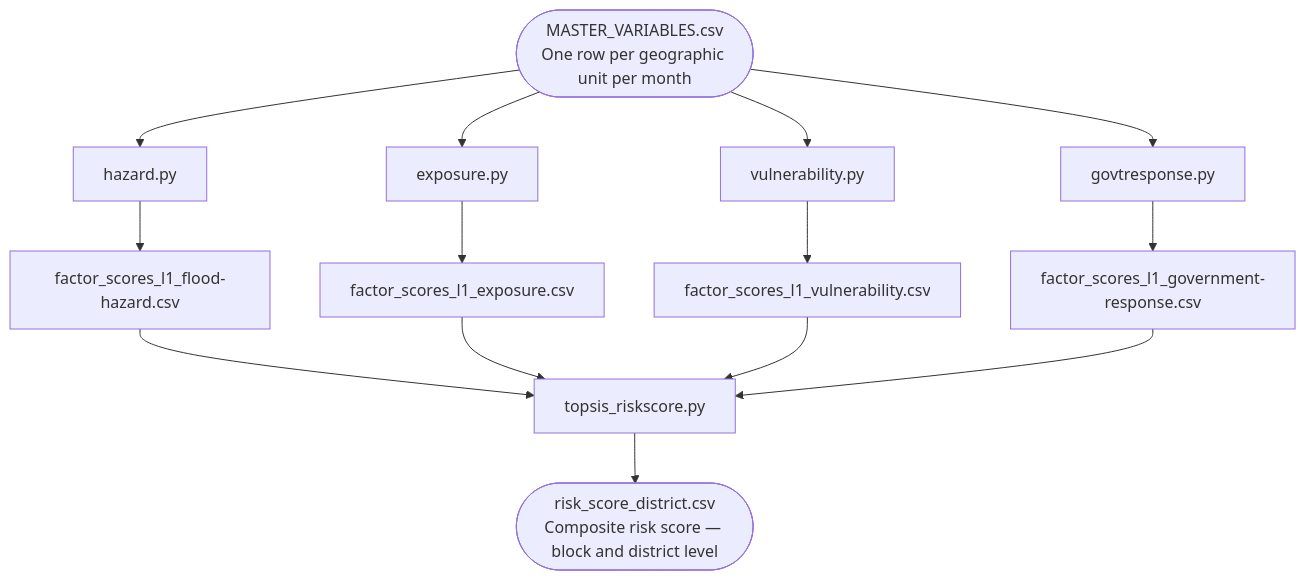
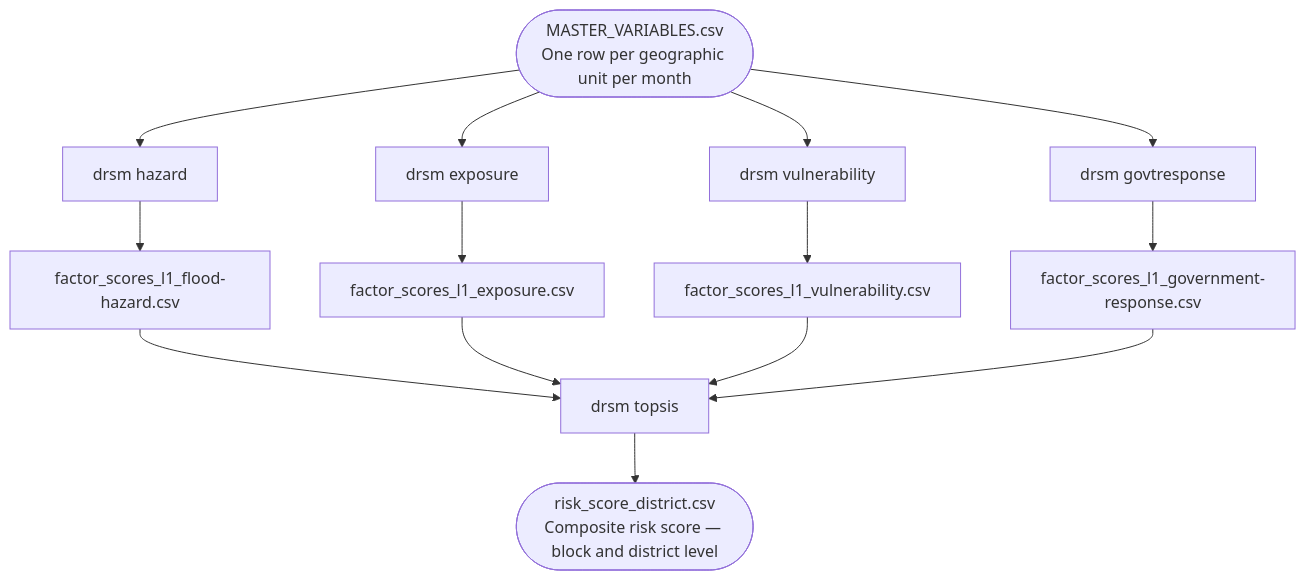
One commit to CivicDataLab/risk-score-model-generic changed the diagram in docs/getting_started.md. Above: the diagram before and after it, drawn with Mermaid. The commit also changed other lines of this file and 19 other files, not shown here.

````diff
--- a/docs/getting_started.md
+++ b/docs/getting_started.md
@@ -11,13 +11,13 @@
 ```mermaid
 flowchart TD
     A([MASTER_VARIABLES.csv\nOne row per geographic unit per month]) --> B & C & D & E
 
-    B[hazard.py] --> B1[factor_scores_l1_flood-hazard.csv]
-    C[exposure.py] --> C1[factor_scores_l1_exposure.csv]
-    D[vulnerability.py] --> D1[factor_scores_l1_vulnerability.csv]
-    E[govtresponse.py] --> E1[factor_scores_l1_government-response.csv]
+    B[drsm hazard] --> B1[factor_scores_l1_flood-hazard.csv]
+    C[drsm exposure] --> C1[factor_scores_l1_exposure.csv]
+    D[drsm vulnerability] --> D1[factor_scores_l1_vulnerability.csv]
+    E[drsm govtresponse] --> E1[factor_scores_l1_government-response.csv]
 
-    B1 & C1 & D1 & E1 --> F[topsis_riskscore.py]
+    B1 & C1 & D1 & E1 --> F[drsm topsis]
 
     F --> G([risk_score_district.csv\nComposite risk score — block and district level])
 ```
````
